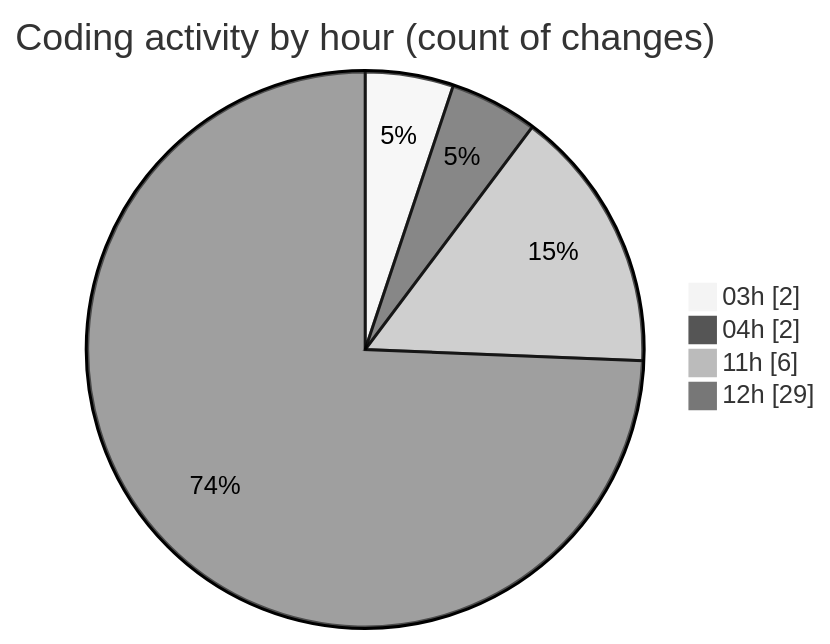
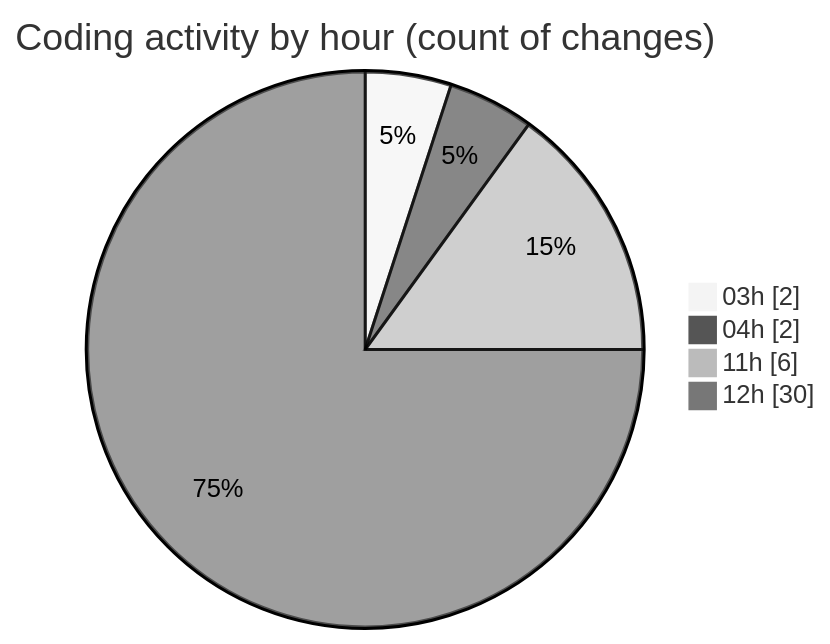
Before and after one commit to FelipKnott/code-tracking: the second of 2 diagrams in 2025-07-04/cursor/README.md, drawn with Mermaid (neutral theme). The commit also changed other lines of this file and 1 other file, not shown here.

````diff
--- a/2025-07-04/cursor/README.md
+++ b/2025-07-04/cursor/README.md
@@ -45,8 +45,8 @@
 ```mermaid
 pie showData
 title Coding activity by hour (count of changes)
 "03h" : 2
 "04h" : 2
 "11h" : 6
-"12h" : 29
+"12h" : 30
 ```
````
